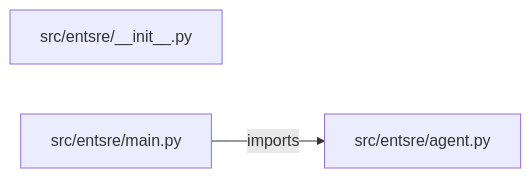
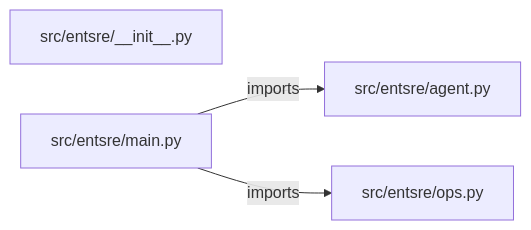
The diagram in PROJECT_ARCHITECTURE.md (iarsingh/enterprise-ai-sre-platform), drawn with Mermaid before and after one commit. The commit also changed other lines of this file and 2 other files, not shown here.

Commit message:
Refresh architecture and interview guides from current implementation

````diff
--- a/PROJECT_ARCHITECTURE.md
+++ b/PROJECT_ARCHITECTURE.md
@@ -13,7 +13,9 @@
 ```mermaid
 flowchart LR
     M0["src/entsre/__init__.py"]
     M1["src/entsre/agent.py"]
     M2["src/entsre/main.py"]
+    M3["src/entsre/ops.py"]
     M2 -->|imports| M1
+    M2 -->|imports| M3
 ```
````
